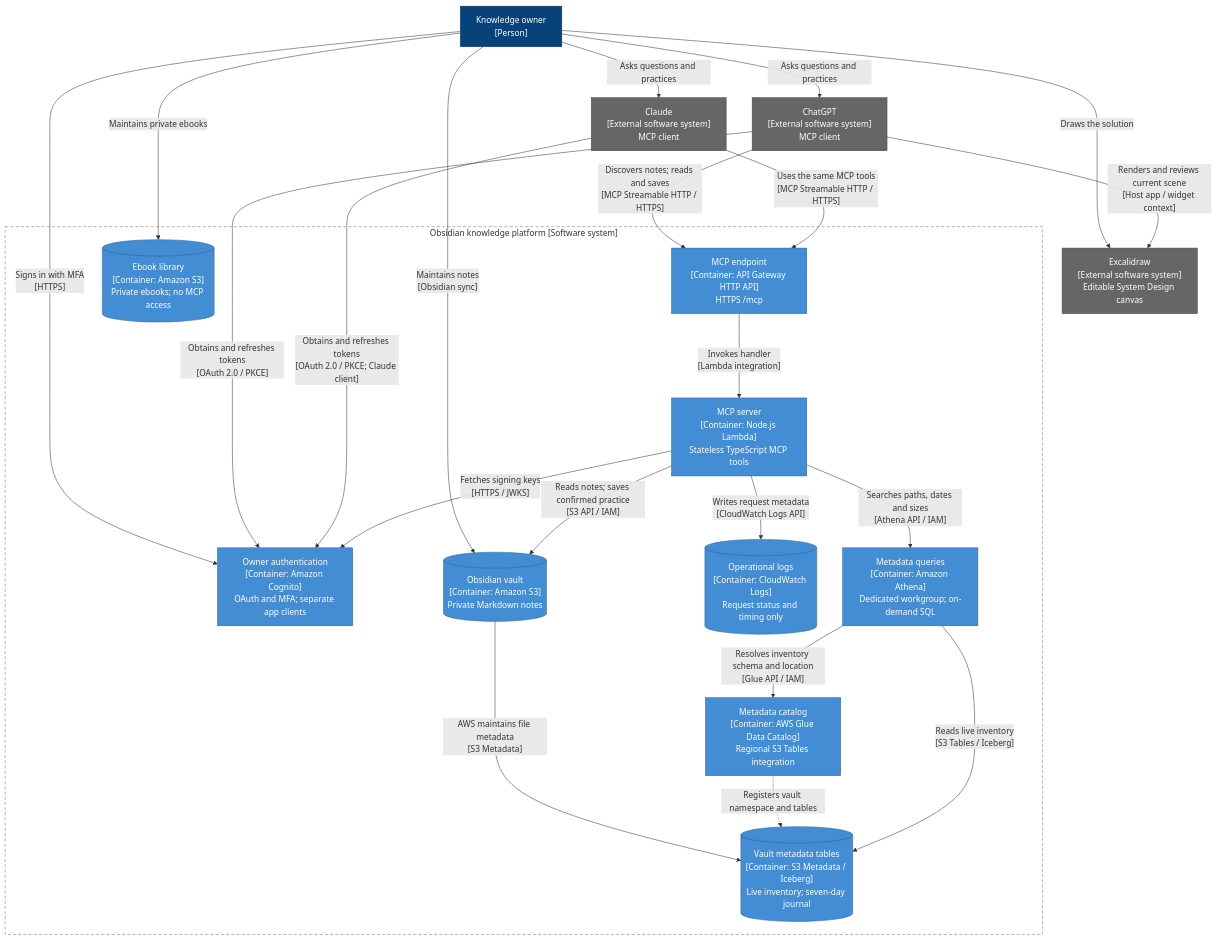
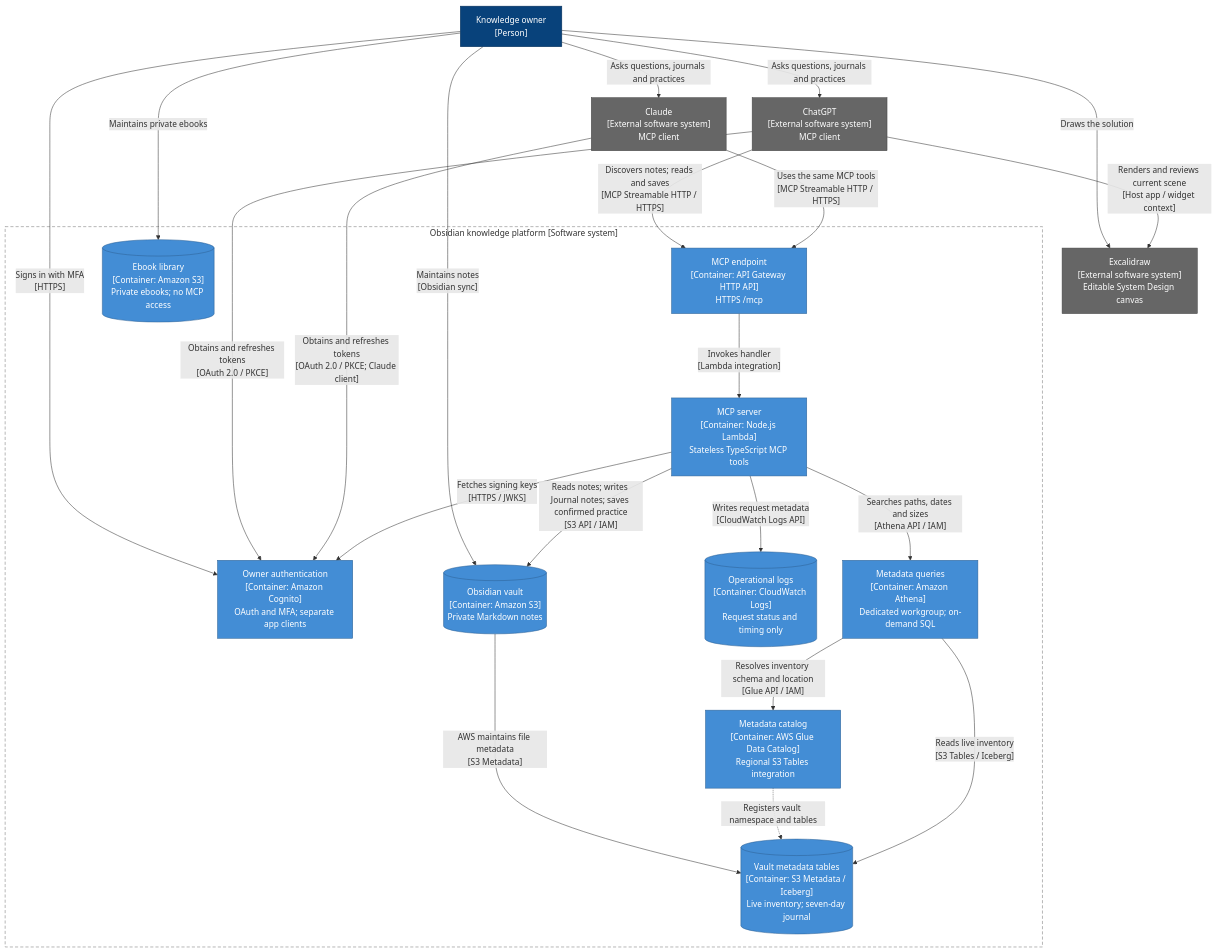
Before and after one commit to yepengfan/obsidian-workflow-infra: the second of 2 diagrams in README.md, drawn with Mermaid. The commit also changed other lines of this file and 27 other files, not shown here.

First line of the commit message:
feat: add Journal write tool to the MCP server

````diff
--- a/README.md
+++ b/README.md
@@ -50,48 +51,48 @@
 ```mermaid
 flowchart TB
     Owner["Knowledge owner<br/>[Person]"]
     ChatGPT["ChatGPT<br/>[External software system]<br/>MCP client"]
     Claude["Claude<br/>[External software system]<br/>MCP client"]
     Excalidraw["Excalidraw<br/>[External software system]<br/>Editable System Design canvas"]
 
     subgraph Platform["Obsidian knowledge platform [Software system]"]
         Auth["Owner authentication<br/>[Container: Amazon Cognito]<br/>OAuth and MFA; separate app clients"]
         API["MCP endpoint<br/>[Container: API Gateway HTTP API]<br/>HTTPS /mcp"]
         Server["MCP server<br/>[Container: Node.js Lambda]<br/>Stateless TypeScript MCP tools"]
         Vault[("Obsidian vault<br/>[Container: Amazon S3]<br/>Private Markdown notes")]
         Library[("Ebook library<br/>[Container: Amazon S3]<br/>Private ebooks; no MCP access")]
         Logs[("Operational logs<br/>[Container: CloudWatch Logs]<br/>Request status and timing only")]
         Athena["Metadata queries<br/>[Container: Amazon Athena]<br/>Dedicated workgroup; on-demand SQL"]
         Catalog["Metadata catalog<br/>[Container: AWS Glue Data Catalog]<br/>Regional S3 Tables integration"]
         Inventory[("Vault metadata tables<br/>[Container: S3 Metadata / Iceberg]<br/>Live inventory; seven-day journal")]
     end
 
-    Owner -->|"Asks questions and practices"| ChatGPT
-    Owner -->|"Asks questions and practices"| Claude
+    Owner -->|"Asks questions, journals and practices"| ChatGPT
+    Owner -->|"Asks questions, journals and practices"| Claude
     Owner -->|"Draws the solution"| Excalidraw
     ChatGPT -->|"Renders and reviews current scene<br/>[Host app / widget context]"| Excalidraw
     Owner -->|"Signs in with MFA<br/>[HTTPS]"| Auth
     Owner -->|"Maintains notes<br/>[Obsidian sync]"| Vault
     Owner -->|"Maintains private ebooks"| Library
     ChatGPT -->|"Obtains and refreshes tokens<br/>[OAuth 2.0 / PKCE]"| Auth
     ChatGPT -->|"Discovers notes; reads and saves<br/>[MCP Streamable HTTP / HTTPS]"| API
     Claude -->|"Obtains and refreshes tokens<br/>[OAuth 2.0 / PKCE; Claude client]"| Auth
     Claude -->|"Uses the same MCP tools<br/>[MCP Streamable HTTP / HTTPS]"| API
     API -->|"Invokes handler<br/>[Lambda integration]"| Server
     Server -->|"Fetches signing keys<br/>[HTTPS / JWKS]"| Auth
-    Server -->|"Reads notes; saves confirmed practice<br/>[S3 API / IAM]"| Vault
+    Server -->|"Reads notes; writes Journal notes; saves confirmed practice<br/>[S3 API / IAM]"| Vault
     Server -->|"Writes request metadata<br/>[CloudWatch Logs API]"| Logs
     Vault -->|"AWS maintains file metadata<br/>[S3 Metadata]"| Inventory
     Server -->|"Searches paths, dates and sizes<br/>[Athena API / IAM]"| Athena
     Athena -->|"Resolves inventory schema and location<br/>[Glue API / IAM]"| Catalog
     Catalog -.->|"Registers vault namespace and tables"| Inventory
     Athena -->|"Reads live inventory<br/>[S3 Tables / Iceberg]"| Inventory
 
     classDef person fill:#08427b,color:#fff,stroke:#052e56
     classDef external fill:#666,color:#fff,stroke:#444
     classDef container fill:#438dd5,color:#fff,stroke:#2e6295
     class Owner person
     class ChatGPT,Claude,Excalidraw external
     class Auth,API,Server,Vault,Library,Logs,Athena,Catalog,Inventory container
     style Platform fill:none,stroke:#777,stroke-dasharray:6 4
 ```
````
